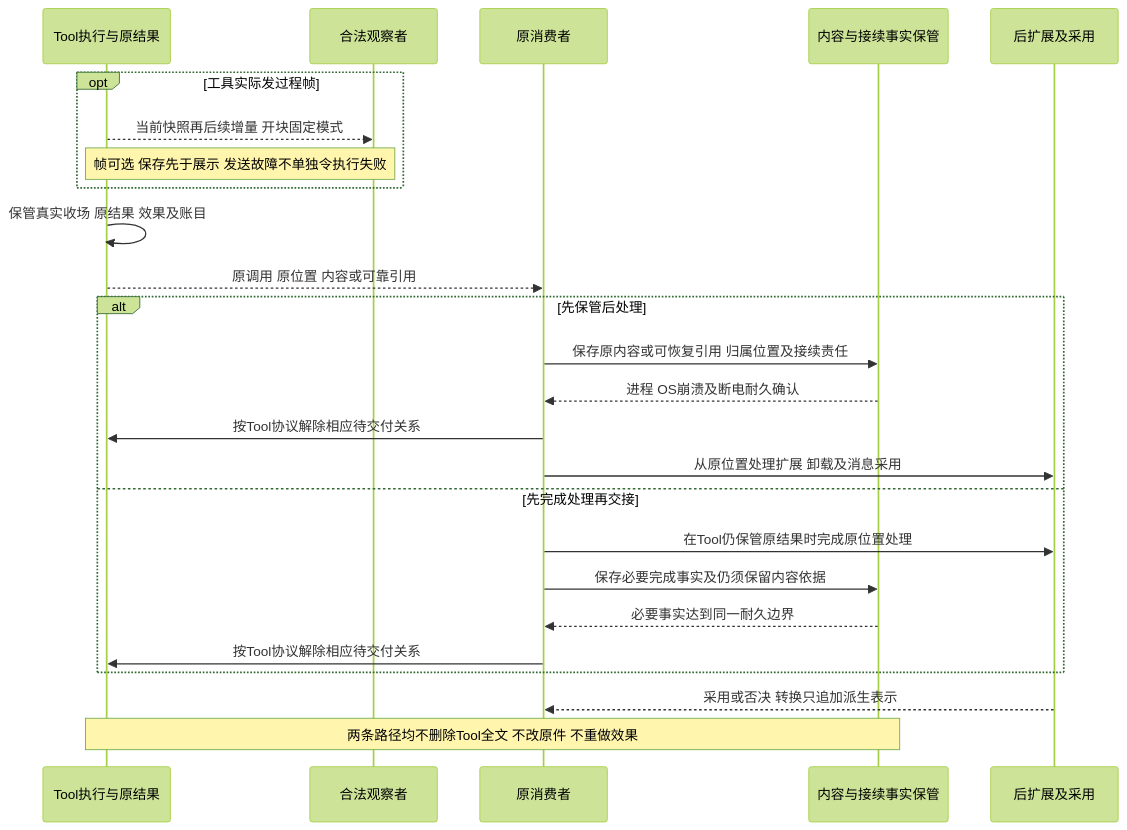
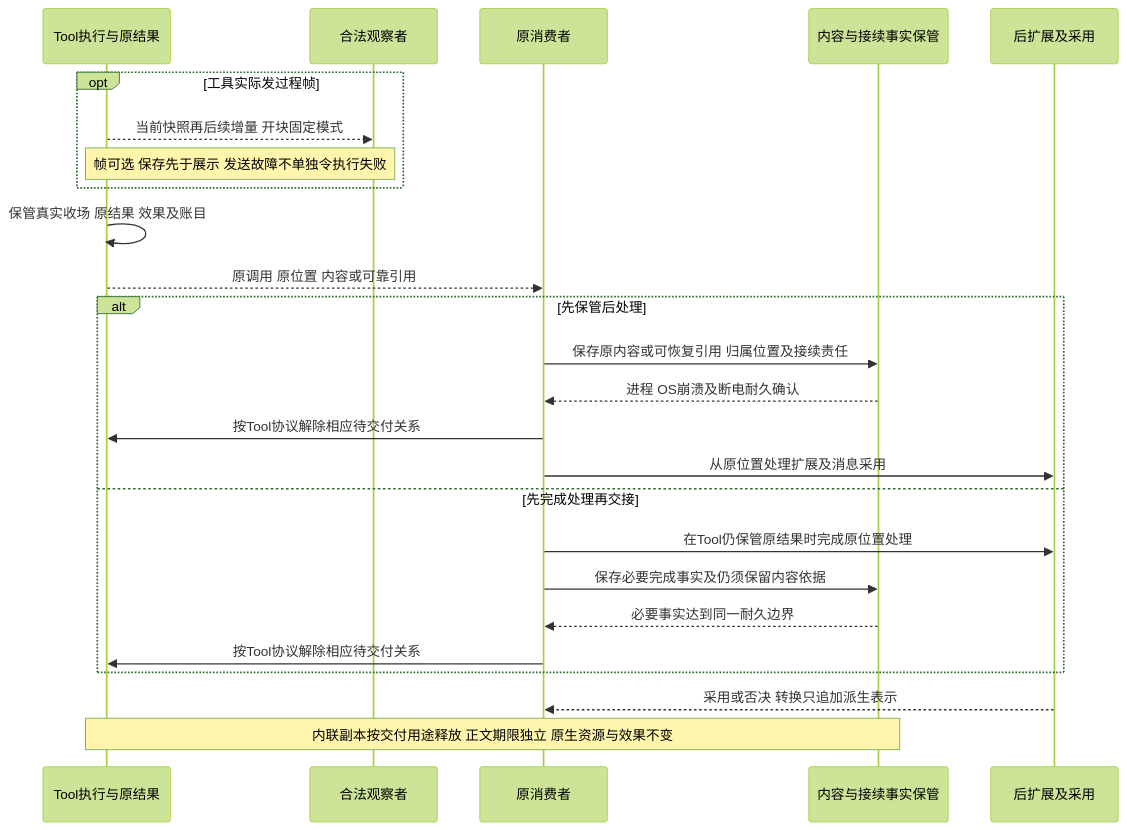
Before and after one commit to nemori-ai/omne-harness-lite: diagram 15 of 17 in packages/tool/tool-contract/docs/flows.md, drawn with Mermaid (forest theme). The commit also changed other lines of this file and 58 other files, not shown here.

````diff
--- a/packages/tool/tool-contract/docs/flows.md
+++ b/packages/tool/tool-contract/docs/flows.md
@@ -591,27 +591,27 @@
 ```mermaid
 sequenceDiagram
     participant T as Tool执行与原结果
     participant V as 合法观察者
     participant C as 原消费者
     participant S as 内容与接续事实保管
     participant A as 后扩展及采用
     opt 工具实际发过程帧
         T-->>V: 当前快照再后续增量 开块固定模式
         Note over T,V: 帧可选 保存先于展示 发送故障不单独令执行失败
     end
     T->>T: 保管真实收场 原结果 效果及账目
     T-->>C: 原调用 原位置 内容或可靠引用
     alt 先保管后处理
         C->>S: 保存原内容或可恢复引用 归属位置及接续责任
         S-->>C: 进程 OS崩溃及断电耐久确认
         C->>T: 按Tool协议解除相应待交付关系
-        C->>A: 从原位置处理扩展 卸载及消息采用
+        C->>A: 从原位置处理扩展及消息采用
     else 先完成处理再交接
         C->>A: 在Tool仍保管原结果时完成原位置处理
         C->>S: 保存必要完成事实及仍须保留内容依据
         S-->>C: 必要事实达到同一耐久边界
         C->>T: 按Tool协议解除相应待交付关系
     end
     A-->>C: 采用或否决 转换只追加派生表示
-    Note over T,S: 两条路径均不删除Tool全文 不改原件 不重做效果
+    Note over T,S: 内联副本按交付用途释放 正文期限独立 原生资源与效果不变
 ```
````
